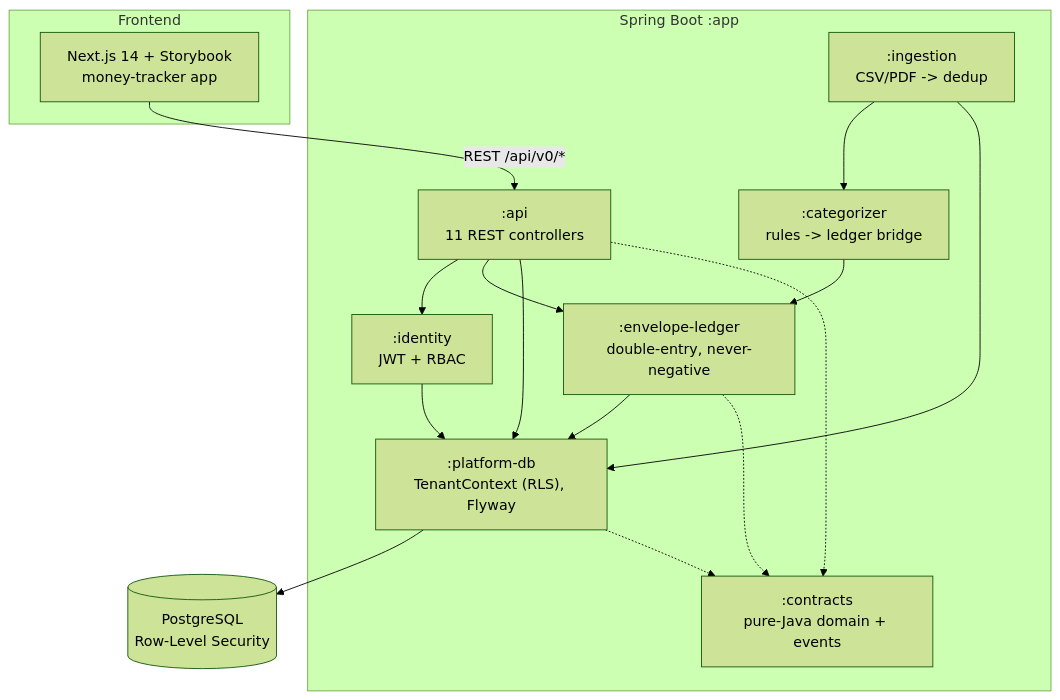
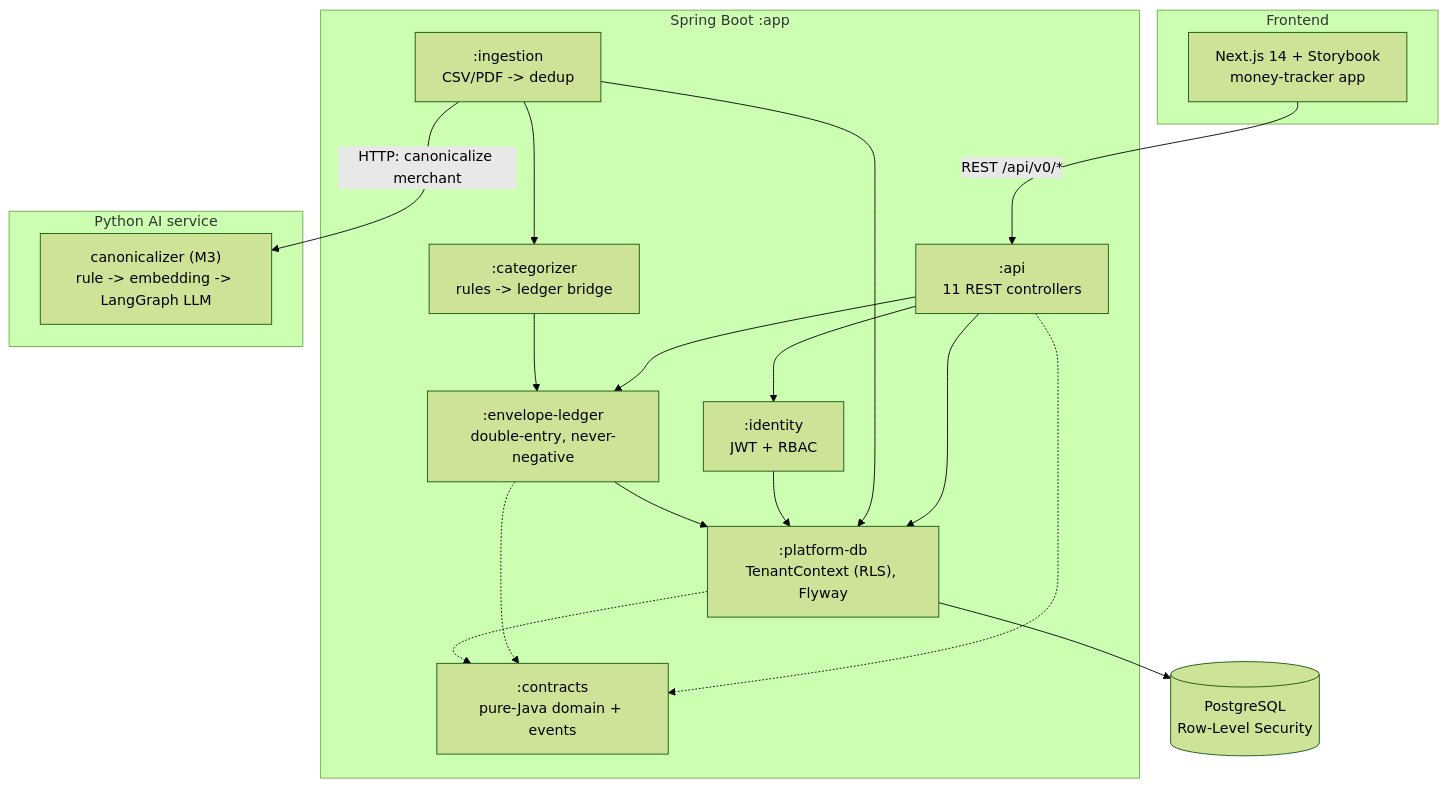
Before and after one commit to FraanW/ledgerline-money-tracker: the diagram in README.md, drawn with Mermaid (forest theme). The commit also changed other lines of this file and 40 other files, not shown here.

First line of the commit message:
feat: add the Python AI statement analyser (canonicalizer, M3)

````diff
--- a/README.md
+++ b/README.md
@@ -74,30 +77,34 @@
 ```mermaid
 graph TD
     subgraph Frontend
       FE["Next.js 14 + Storybook<br/>money-tracker app"]
     end
     subgraph "Spring Boot :app"
       API[":api<br/>11 REST controllers"]
       ING[":ingestion<br/>CSV/PDF -> dedup"]
       CAT[":categorizer<br/>rules -> ledger bridge"]
       LED[":envelope-ledger<br/>double-entry, never-negative"]
       IDN[":identity<br/>JWT + RBAC"]
       PDB[":platform-db<br/>TenantContext (RLS), Flyway"]
       CON[":contracts<br/>pure-Java domain + events"]
     end
+    subgraph "Python AI service"
+      CANON["canonicalizer (M3)<br/>rule -> embedding -> LangGraph LLM"]
+    end
     DB[("PostgreSQL<br/>Row-Level Security")]
 
     FE -->|"REST /api/v0/*"| API
     API --> IDN
     API --> LED
+    ING -->|"HTTP: canonicalize merchant"| CANON
     ING --> CAT
     CAT --> LED
     API --> PDB
     ING --> PDB
     IDN --> PDB
     LED --> PDB
     PDB --> DB
     API -.-> CON
     LED -.-> CON
     PDB -.-> CON
 ```
````
